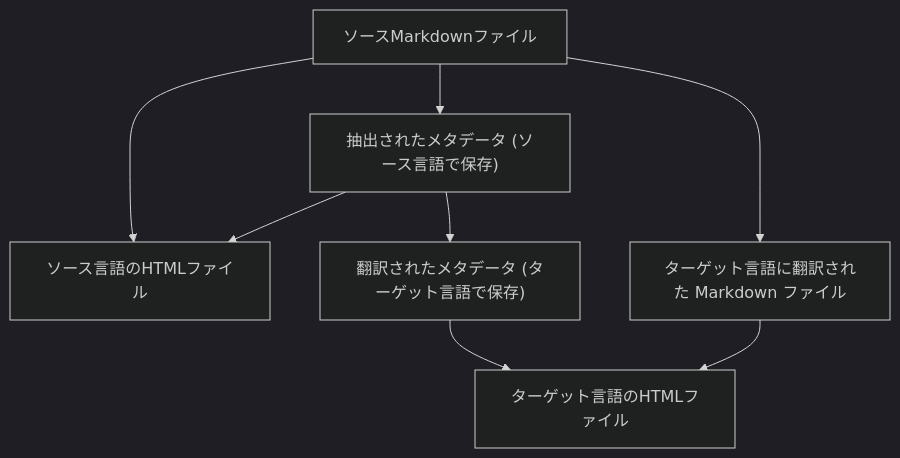
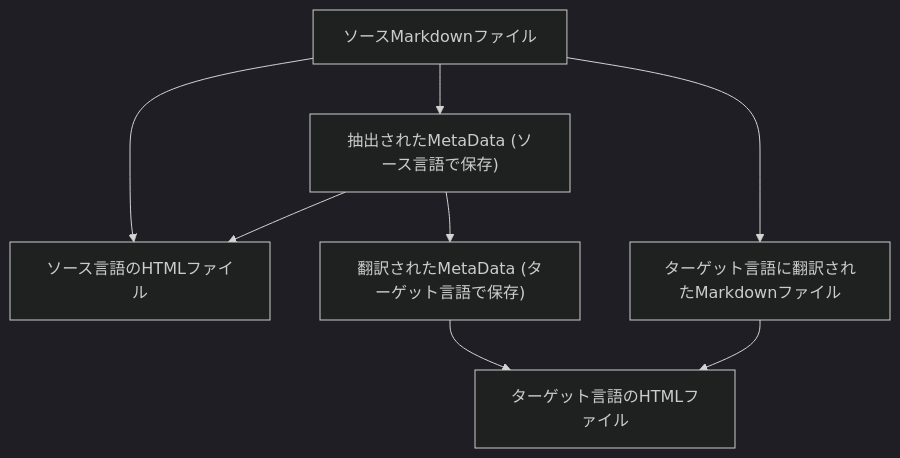
One commit to zccz14/README changed the diagram in .czon/src/ja-JP/LOGS/28.md. Above: the diagram before and after it, drawn with Mermaid (dark theme). The commit also changed other lines of this file and 293 other files, not shown here.

````diff
--- a/.czon/src/ja-JP/LOGS/28.md
+++ b/.czon/src/ja-JP/LOGS/28.md
@@ -45,10 +30,10 @@
 ```mermaid
 flowchart TD
-    A[ソースMarkdownファイル] --> B["抽出されたメタデータ (ソース言語で保存)"]
+    A[ソースMarkdownファイル] --> B["抽出されたMetaData (ソース言語で保存)"]
     A --> F[ソース言語のHTMLファイル]
-    A --> C[ターゲット言語に翻訳された Markdown ファイル]
-    B --> D["翻訳されたメタデータ (ターゲット言語で保存)"]
+    A --> C[ターゲット言語に翻訳されたMarkdownファイル]
+    B --> D["翻訳されたMetaData (ターゲット言語で保存)"]
     D --> E
     C --> E[ターゲット言語のHTMLファイル]
     B --> F
 ```
````
